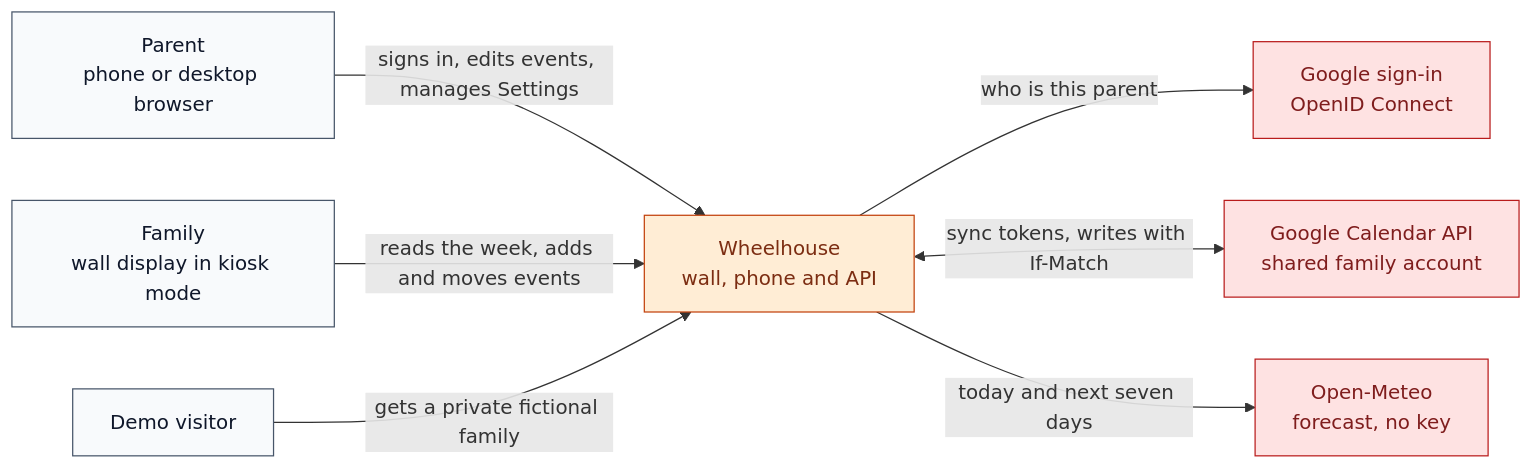
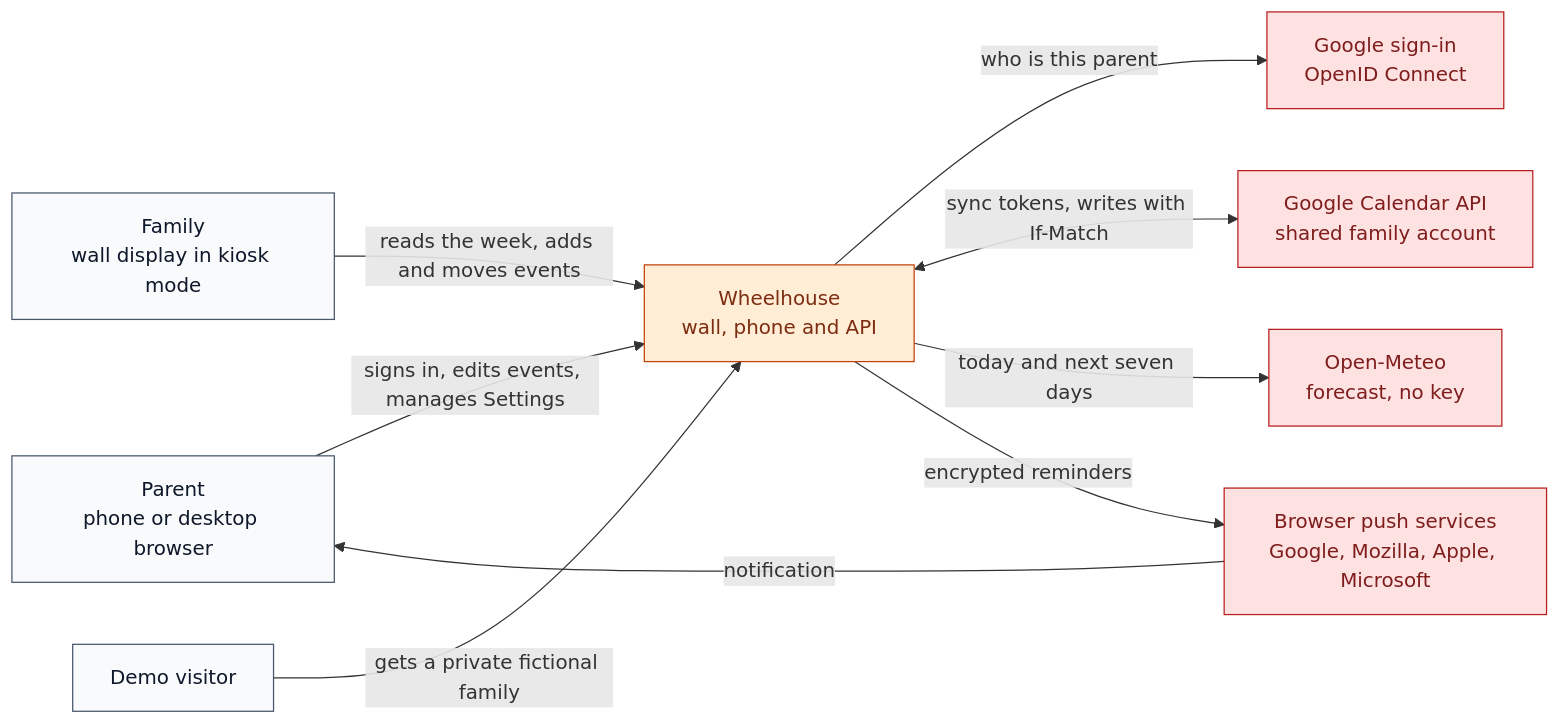
The first of 4 diagrams in docs/architecture.md (natezimm/wheelhouse), drawn with Mermaid before and after one commit. The commit also changed other lines of this file and 25 other files, not shown here.

````diff
--- a/docs/architecture.md
+++ b/docs/architecture.md
@@ -11,24 +11,27 @@
 ```mermaid
 flowchart LR
   Parent["Parent<br/>phone or desktop browser"]
   Family["Family<br/>wall display in kiosk mode"]
   Visitor["Demo visitor"]
   Wheelhouse["Wheelhouse<br/>wall, phone and API"]
   GoogleId["Google sign-in<br/>OpenID Connect"]
   GoogleCal["Google Calendar API<br/>shared family account"]
   Meteo["Open-Meteo<br/>forecast, no key"]
+  PushSvc["Browser push services<br/>Google, Mozilla, Apple, Microsoft"]
 
   Parent -->|"signs in, edits events, manages Settings"| Wheelhouse
   Family -->|"reads the week, adds and moves events"| Wheelhouse
   Visitor -->|"gets a private fictional family"| Wheelhouse
   Wheelhouse -->|"who is this parent"| GoogleId
   Wheelhouse <-->|"sync tokens, writes with If-Match"| GoogleCal
   Wheelhouse -->|"today and next seven days"| Meteo
+  Wheelhouse -->|"encrypted reminders"| PushSvc
+  PushSvc -->|"notification"| Parent
 
   classDef user fill:#f8fafc,stroke:#475569,color:#0f172a
   classDef server fill:#ffedd5,stroke:#c2410c,color:#7c2d12
   classDef external fill:#fee2e2,stroke:#b91c1c,color:#7f1d1d
   class Parent,Family,Visitor user
   class Wheelhouse server
-  class GoogleId,GoogleCal,Meteo external
+  class GoogleId,GoogleCal,Meteo,PushSvc external
 ```
````
